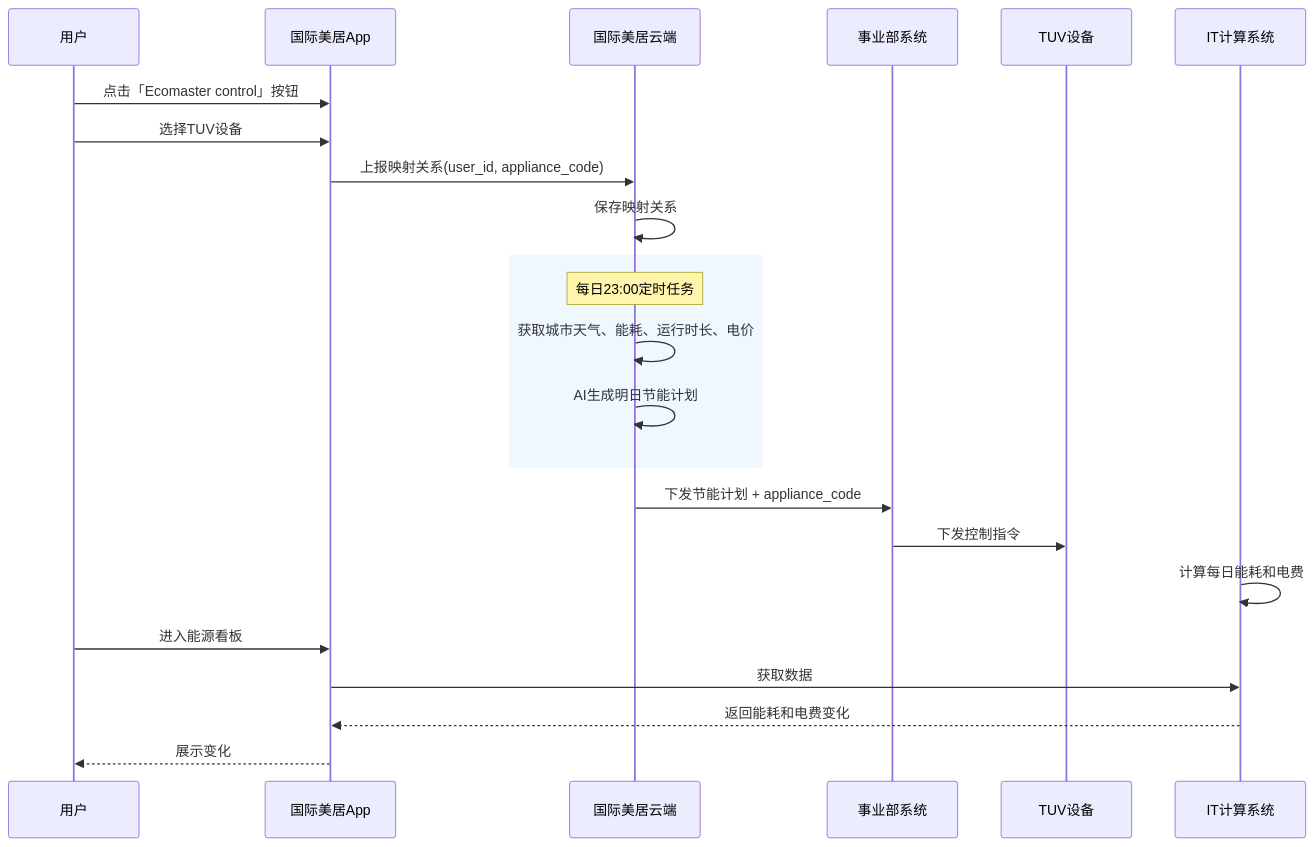
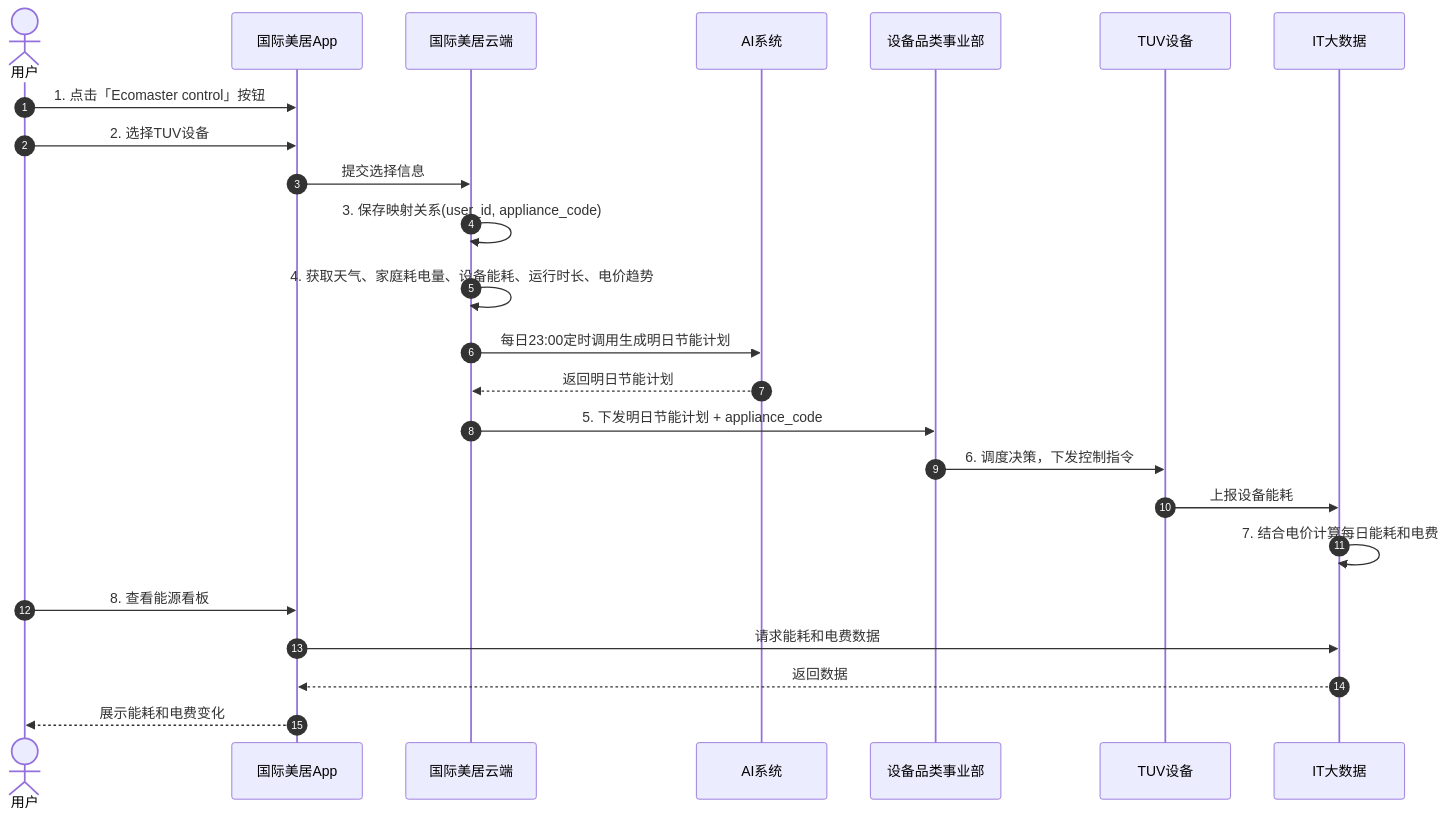
Before and after one commit to ixiaoyang8/iodraw-files: the diagram in all/未命名-19.md, drawn with Mermaid.

Commit message:
2026-09-16 11:45:20 update

````diff
--- a/all/未命名-19.md
+++ b/all/未命名-19.md
@@ -1,30 +1,28 @@
 ```mermaid
 sequenceDiagram
-    participant U as 用户
+    autonumber
+    actor 用户 as 用户
     participant App as 国际美居App
     participant Cloud as 国际美居云端
-    participant BU as 事业部系统
+    participant AI as AI系统
+    participant Division as 设备品类事业部
     participant Device as TUV设备
-    participant IT as IT计算系统
+    participant BigData as IT大数据
 
-    U->>App: 点击「Ecomaster control」按钮
-    U->>App: 选择TUV设备
-    App->>Cloud: 上报映射关系(user_id, appliance_code)
-    Cloud->>Cloud: 保存映射关系
-    
-    rect rgb(240, 248, 255)
-        Note over Cloud: 每日23:00定时任务
-        Cloud->>Cloud: 获取城市天气、能耗、运行时长、电价
-        Cloud->>Cloud: AI生成明日节能计划
-    end
-    
-    Cloud->>BU: 下发节能计划 + appliance_code
-    BU->>Device: 下发控制指令
-    
-    IT->>IT: 计算每日能耗和电费
-    U->>App: 进入能源看板
-    App->>IT: 获取数据
-    IT-->>App: 返回能耗和电费变化
-    App-->>U: 展示变化
+    用户->>App: 1. 点击「Ecomaster control」按钮
+    用户->>App: 2. 选择TUV设备
+    App->>Cloud: 提交选择信息
+    Cloud->>Cloud: 3. 保存映射关系(user_id, appliance_code)
+    Cloud->>Cloud: 4. 获取天气、家庭耗电量、设备能耗、运行时长、电价趋势
+    Cloud->>AI: 每日23:00定时调用生成明日节能计划
+    AI-->>Cloud: 返回明日节能计划
+    Cloud->>Division: 5. 下发明日节能计划 + appliance_code
+    Division->>Device: 6. 调度决策，下发控制指令
+    Device->>BigData: 上报设备能耗
+    BigData->>BigData: 7. 结合电价计算每日能耗和电费
+    用户->>App: 8. 查看能源看板
+    App->>BigData: 请求能耗和电费数据
+    BigData-->>App: 返回数据
+    App-->>用户: 展示能耗和电费变化
 
 ```
````
